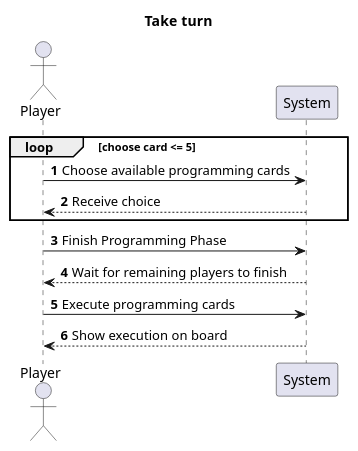
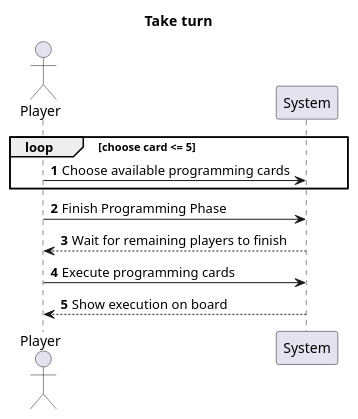
The diagram in 02324-f22-master-e1f89f504da192119e73ae0ea99f3085281965a4/RoboRally/roborally-1.1.0-java17/roborally/Models/systemsekvensTakeTurn.puml (SiGoldbach/roborally), drawn with PlantUML before and after one commit. The commit also changed 1 other file, not shown here.

```diff
--- a/02324-f22-master-e1f89f504da192119e73ae0ea99f3085281965a4/RoboRally/roborally-1.1.0-java17/roborally/Models/systemsekvensTakeTurn.puml
+++ b/02324-f22-master-e1f89f504da192119e73ae0ea99f3085281965a4/RoboRally/roborally-1.1.0-java17/roborally/Models/systemsekvensTakeTurn.puml
@@ -1,22 +1,21 @@
 @startuml
 'https://plantuml.com/sequence-diagram
 
 autonumber
 
 Actor Player
 Participant System
 
 Title "Take turn"
     loop choose card <= 5
        Player -> System: Choose available programming cards
-       System --> Player: Receive choice
     end
 
 Player -> System: Finish Programming Phase
 System --> Player: Wait for remaining players to finish
 
 Player -> System: Execute programming cards
 System --> Player: Show execution on board
 
 
 @enduml
```
